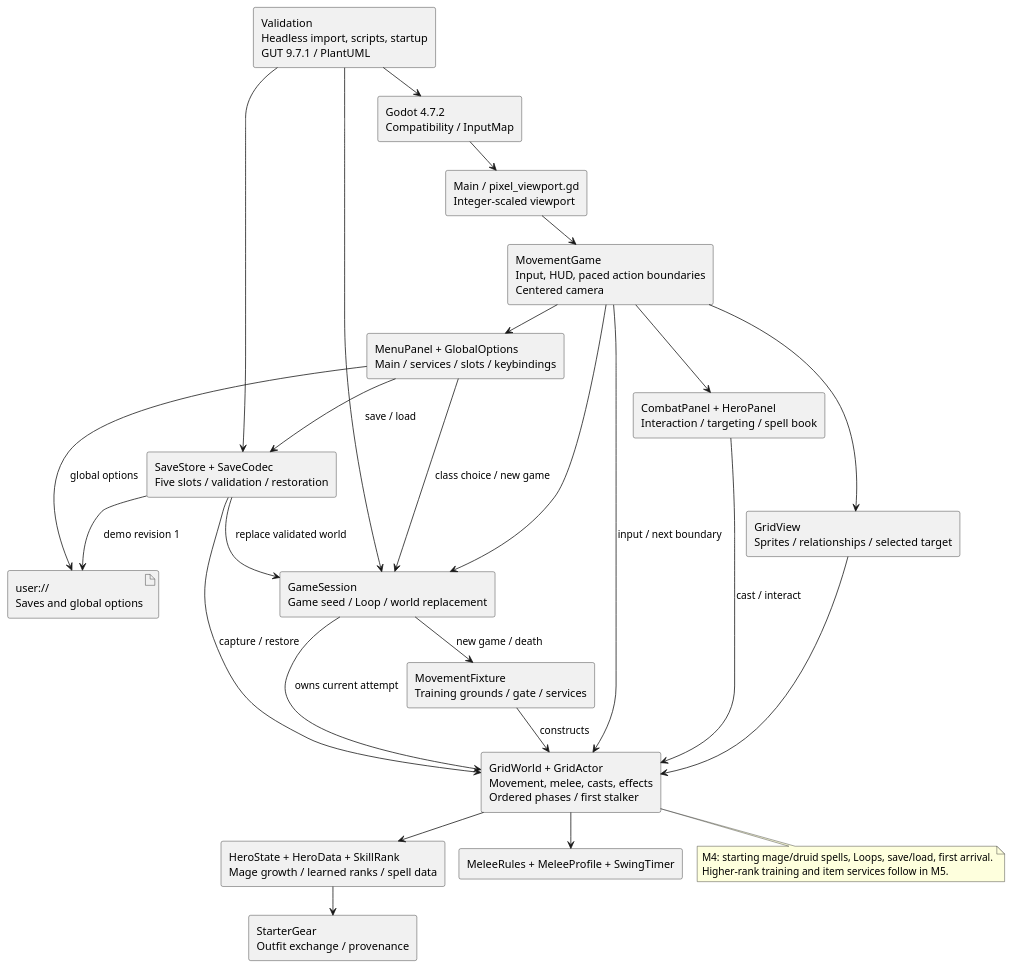
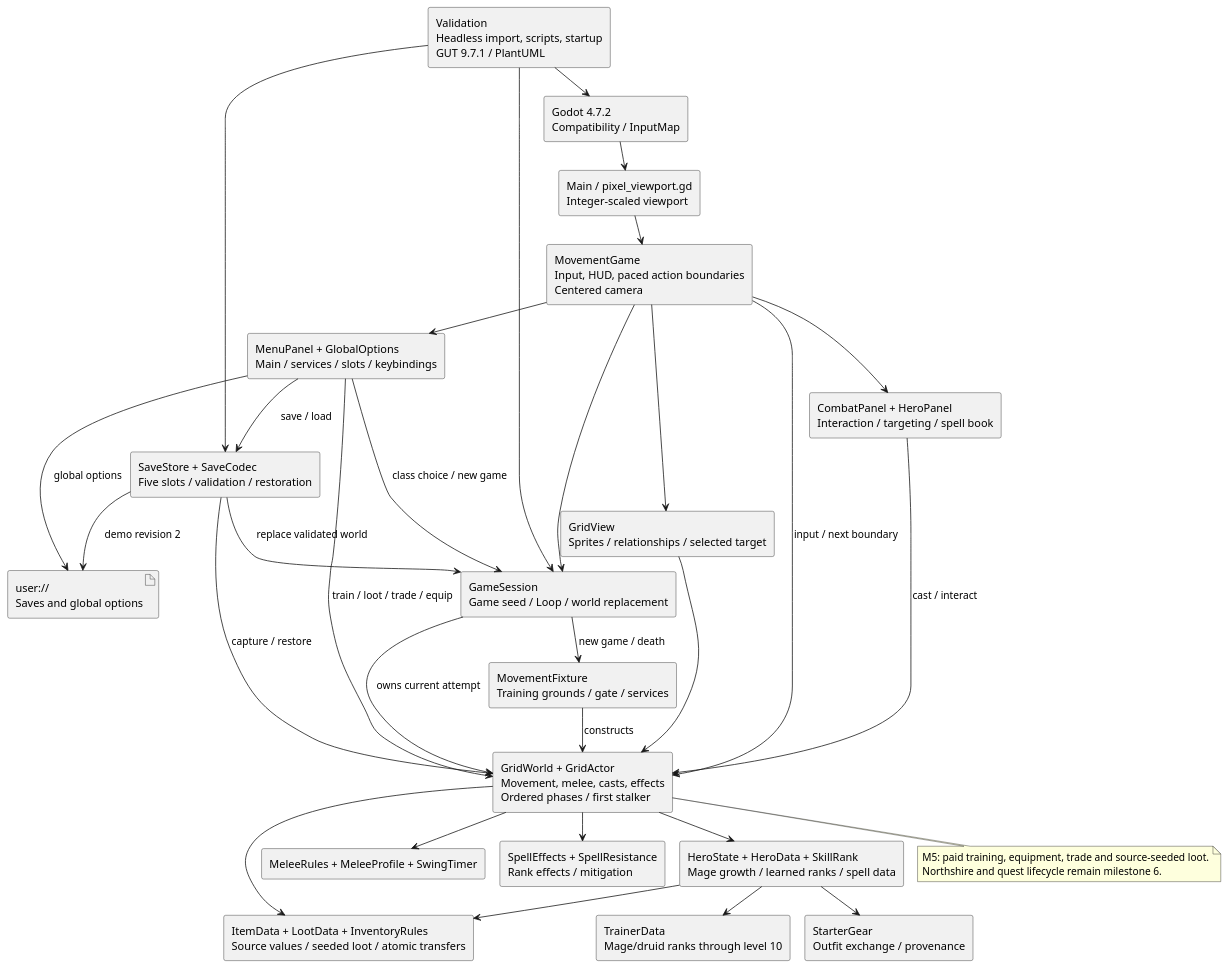
One commit to VHonzik/Ostinato changed the diagram in docs/architecture/components.puml. Above: the diagram before and after it, drawn with PlantUML. The commit also changed 48 other files, not shown here.

First line of the commit message:
Implement milestone 5: training, loot, equipment, and trading (#5)

```diff
--- a/docs/architecture/components.puml
+++ b/docs/architecture/components.puml
@@ -1,48 +1,56 @@
 @startuml
 !pragma layout smetana
 skinparam componentStyle rectangle
 skinparam shadowing false
 component "Godot 4.7.2\nCompatibility / InputMap" as Godot
 component "Main / pixel_viewport.gd\nInteger-scaled viewport" as Main
 component "MovementGame\nInput, HUD, paced action boundaries\nCentered camera" as Game
 component "GameSession\nGame seed / Loop / world replacement" as Session
 component "GridWorld + GridActor\nMovement, melee, casts, effects\nOrdered phases / first stalker" as World
 component "MovementFixture\nTraining grounds / gate / services" as Fixture
 component "HeroState + HeroData + SkillRank\nMage growth / learned ranks / spell data" as Hero
 component "StarterGear\nOutfit exchange / provenance" as Gear
 component "MeleeRules + MeleeProfile + SwingTimer" as Combat
+component "SpellEffects + SpellResistance\nRank effects / mitigation" as Spells
+component "TrainerData\nMage/druid ranks through level 10" as Training
+component "ItemData + LootData + InventoryRules\nSource values / seeded loot / atomic transfers" as Items
 component "CombatPanel + HeroPanel\nInteraction / targeting / spell book" as Panels
 component "MenuPanel + GlobalOptions\nMain / services / slots / keybindings" as Menu
 component "SaveStore + SaveCodec\nFive slots / validation / restoration" as Saves
 component "GridView\nSprites / relationships / selected target" as View
 component "Validation\nHeadless import, scripts, startup\nGUT 9.7.1 / PlantUML" as Tests
 artifact "user://\nSaves and global options" as Files
 Godot --> Main
 Main --> Game
 Game --> Session
 Session --> Fixture : new game / death
 Fixture --> World : constructs
 Session --> World : owns current attempt
 Game --> World : input / next boundary
 World --> Hero
 Hero --> Gear
 World --> Combat
+World --> Spells
+World --> Items
+Hero --> Items
+Hero --> Training
+Menu --> World : train / loot / trade / equip
 Game --> Panels
 Panels --> World : cast / interact
 Game --> Menu
 Menu --> Session : class choice / new game
 Menu --> Saves : save / load
 Saves --> Session : replace validated world
 Saves --> World : capture / restore
 Menu --> Files : global options
-Saves --> Files : demo revision 1
+Saves --> Files : demo revision 2
 Game --> View
 View --> World
 Tests --> Godot
 Tests --> Session
 Tests --> Saves
 note bottom of World
-M4: starting mage/druid spells, Loops, save/load, first arrival.
-Higher-rank training and item services follow in M5.
+M5: paid training, equipment, trade and source-seeded loot.
+Northshire and quest lifecycle remain milestone 6.
 end note
 @enduml
```
